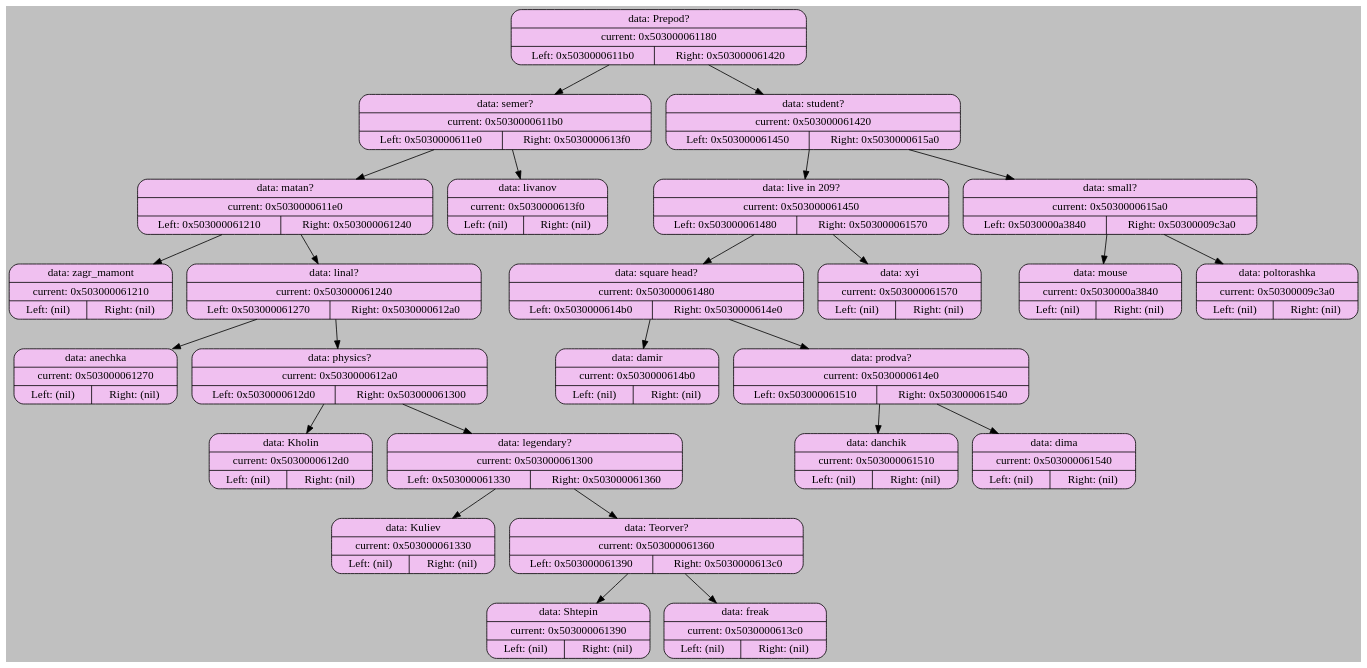
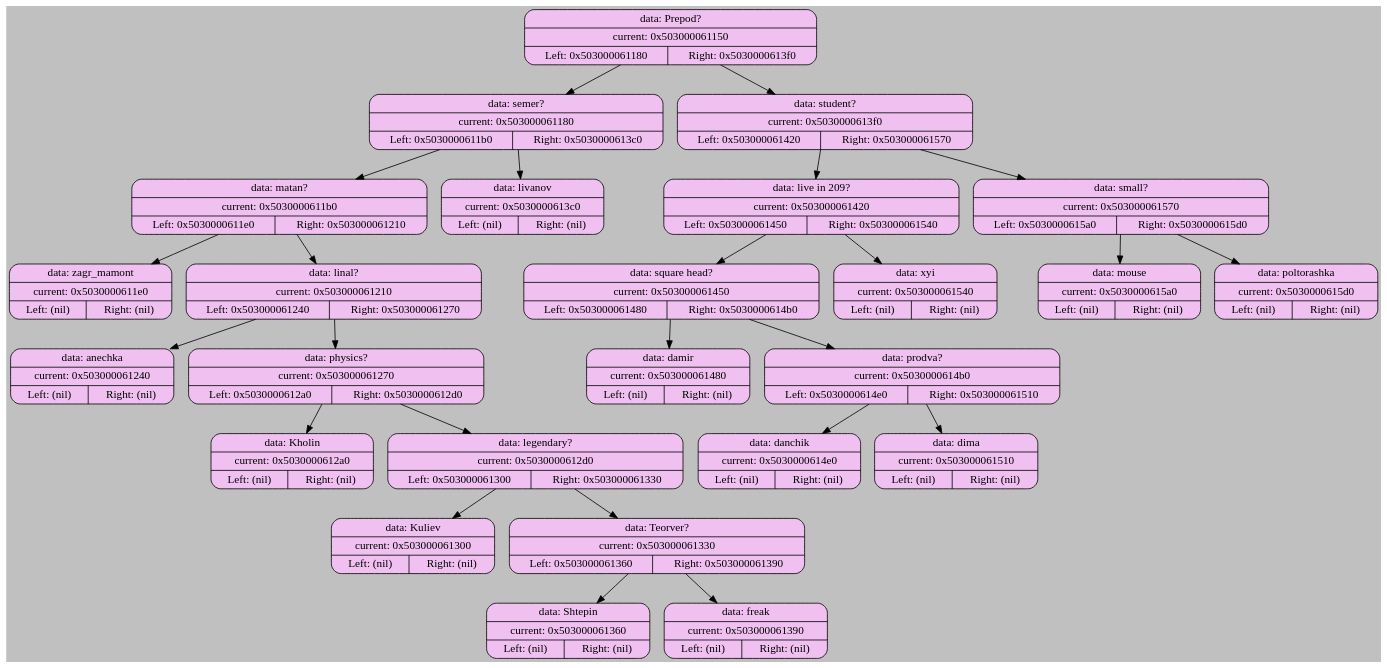
One commit to Atlaxsyys/akinator changed the diagram in graph_dump/graph_1.dot. Above: the diagram before and after it, drawn with Graphviz. The commit also changed 5 other files, not shown here.

```diff
--- a/graph_dump/graph_1.dot
+++ b/graph_dump/graph_1.dot
@@ -1,54 +1,54 @@
 digraph BinaryTree {
     bgcolor="#C0C0C0";
 
     node [shape=record];
-    "0x503000061180" [shape=Mrecord, style=filled; fillcolor="#F0C0F0"; label="{data: Prepod? | current: 0x503000061180 | { Left: 0x5030000611b0 | Right: 0x503000061420 } }"];
+    "0x503000061150" [shape=Mrecord, style=filled; fillcolor="#F0C0F0"; label="{data: Prepod? | current: 0x503000061150 | { Left: 0x503000061180 | Right: 0x5030000613f0 } }"];
+    "0x503000061150" -> "0x503000061180";
+    "0x503000061180" [shape=Mrecord, style=filled; fillcolor="#F0C0F0"; label="{data: semer? | current: 0x503000061180 | { Left: 0x5030000611b0 | Right: 0x5030000613c0 } }"];
     "0x503000061180" -> "0x5030000611b0";
-    "0x5030000611b0" [shape=Mrecord, style=filled; fillcolor="#F0C0F0"; label="{data: semer? | current: 0x5030000611b0 | { Left: 0x5030000611e0 | Right: 0x5030000613f0 } }"];
+    "0x5030000611b0" [shape=Mrecord, style=filled; fillcolor="#F0C0F0"; label="{data: matan? | current: 0x5030000611b0 | { Left: 0x5030000611e0 | Right: 0x503000061210 } }"];
     "0x5030000611b0" -> "0x5030000611e0";
-    "0x5030000611e0" [shape=Mrecord, style=filled; fillcolor="#F0C0F0"; label="{data: matan? | current: 0x5030000611e0 | { Left: 0x503000061210 | Right: 0x503000061240 } }"];
-    "0x5030000611e0" -> "0x503000061210";
-    "0x503000061210" [shape=Mrecord, style=filled; fillcolor="#F0C0F0"; label="{data: zagr_mamont | current: 0x503000061210 | { Left: (nil) | Right: (nil) } }"];
-    "0x5030000611e0" -> "0x503000061240";
-    "0x503000061240" [shape=Mrecord, style=filled; fillcolor="#F0C0F0"; label="{data: linal? | current: 0x503000061240 | { Left: 0x503000061270 | Right: 0x5030000612a0 } }"];
-    "0x503000061240" -> "0x503000061270";
-    "0x503000061270" [shape=Mrecord, style=filled; fillcolor="#F0C0F0"; label="{data: anechka | current: 0x503000061270 | { Left: (nil) | Right: (nil) } }"];
-    "0x503000061240" -> "0x5030000612a0";
-    "0x5030000612a0" [shape=Mrecord, style=filled; fillcolor="#F0C0F0"; label="{data: physics? | current: 0x5030000612a0 | { Left: 0x5030000612d0 | Right: 0x503000061300 } }"];
-    "0x5030000612a0" -> "0x5030000612d0";
-    "0x5030000612d0" [shape=Mrecord, style=filled; fillcolor="#F0C0F0"; label="{data: Kholin | current: 0x5030000612d0 | { Left: (nil) | Right: (nil) } }"];
-    "0x5030000612a0" -> "0x503000061300";
-    "0x503000061300" [shape=Mrecord, style=filled; fillcolor="#F0C0F0"; label="{data: legendary? | current: 0x503000061300 | { Left: 0x503000061330 | Right: 0x503000061360 } }"];
-    "0x503000061300" -> "0x503000061330";
-    "0x503000061330" [shape=Mrecord, style=filled; fillcolor="#F0C0F0"; label="{data: Kuliev | current: 0x503000061330 | { Left: (nil) | Right: (nil) } }"];
-    "0x503000061300" -> "0x503000061360";
-    "0x503000061360" [shape=Mrecord, style=filled; fillcolor="#F0C0F0"; label="{data: Teorver? | current: 0x503000061360 | { Left: 0x503000061390 | Right: 0x5030000613c0 } }"];
-    "0x503000061360" -> "0x503000061390";
-    "0x503000061390" [shape=Mrecord, style=filled; fillcolor="#F0C0F0"; label="{data: Shtepin | current: 0x503000061390 | { Left: (nil) | Right: (nil) } }"];
-    "0x503000061360" -> "0x5030000613c0";
-    "0x5030000613c0" [shape=Mrecord, style=filled; fillcolor="#F0C0F0"; label="{data: freak | current: 0x5030000613c0 | { Left: (nil) | Right: (nil) } }"];
-    "0x5030000611b0" -> "0x5030000613f0";
-    "0x5030000613f0" [shape=Mrecord, style=filled; fillcolor="#F0C0F0"; label="{data: livanov | current: 0x5030000613f0 | { Left: (nil) | Right: (nil) } }"];
-    "0x503000061180" -> "0x503000061420";
-    "0x503000061420" [shape=Mrecord, style=filled; fillcolor="#F0C0F0"; label="{data: student? | current: 0x503000061420 | { Left: 0x503000061450 | Right: 0x5030000615a0 } }"];
+    "0x5030000611e0" [shape=Mrecord, style=filled; fillcolor="#F0C0F0"; label="{data: zagr_mamont | current: 0x5030000611e0 | { Left: (nil) | Right: (nil) } }"];
+    "0x5030000611b0" -> "0x503000061210";
+    "0x503000061210" [shape=Mrecord, style=filled; fillcolor="#F0C0F0"; label="{data: linal? | current: 0x503000061210 | { Left: 0x503000061240 | Right: 0x503000061270 } }"];
+    "0x503000061210" -> "0x503000061240";
+    "0x503000061240" [shape=Mrecord, style=filled; fillcolor="#F0C0F0"; label="{data: anechka | current: 0x503000061240 | { Left: (nil) | Right: (nil) } }"];
+    "0x503000061210" -> "0x503000061270";
+    "0x503000061270" [shape=Mrecord, style=filled; fillcolor="#F0C0F0"; label="{data: physics? | current: 0x503000061270 | { Left: 0x5030000612a0 | Right: 0x5030000612d0 } }"];
+    "0x503000061270" -> "0x5030000612a0";
+    "0x5030000612a0" [shape=Mrecord, style=filled; fillcolor="#F0C0F0"; label="{data: Kholin | current: 0x5030000612a0 | { Left: (nil) | Right: (nil) } }"];
+    "0x503000061270" -> "0x5030000612d0";
+    "0x5030000612d0" [shape=Mrecord, style=filled; fillcolor="#F0C0F0"; label="{data: legendary? | current: 0x5030000612d0 | { Left: 0x503000061300 | Right: 0x503000061330 } }"];
+    "0x5030000612d0" -> "0x503000061300";
+    "0x503000061300" [shape=Mrecord, style=filled; fillcolor="#F0C0F0"; label="{data: Kuliev | current: 0x503000061300 | { Left: (nil) | Right: (nil) } }"];
+    "0x5030000612d0" -> "0x503000061330";
+    "0x503000061330" [shape=Mrecord, style=filled; fillcolor="#F0C0F0"; label="{data: Teorver? | current: 0x503000061330 | { Left: 0x503000061360 | Right: 0x503000061390 } }"];
+    "0x503000061330" -> "0x503000061360";
+    "0x503000061360" [shape=Mrecord, style=filled; fillcolor="#F0C0F0"; label="{data: Shtepin | current: 0x503000061360 | { Left: (nil) | Right: (nil) } }"];
+    "0x503000061330" -> "0x503000061390";
+    "0x503000061390" [shape=Mrecord, style=filled; fillcolor="#F0C0F0"; label="{data: freak | current: 0x503000061390 | { Left: (nil) | Right: (nil) } }"];
+    "0x503000061180" -> "0x5030000613c0";
+    "0x5030000613c0" [shape=Mrecord, style=filled; fillcolor="#F0C0F0"; label="{data: livanov | current: 0x5030000613c0 | { Left: (nil) | Right: (nil) } }"];
+    "0x503000061150" -> "0x5030000613f0";
+    "0x5030000613f0" [shape=Mrecord, style=filled; fillcolor="#F0C0F0"; label="{data: student? | current: 0x5030000613f0 | { Left: 0x503000061420 | Right: 0x503000061570 } }"];
+    "0x5030000613f0" -> "0x503000061420";
+    "0x503000061420" [shape=Mrecord, style=filled; fillcolor="#F0C0F0"; label="{data: live in 209? | current: 0x503000061420 | { Left: 0x503000061450 | Right: 0x503000061540 } }"];
     "0x503000061420" -> "0x503000061450";
-    "0x503000061450" [shape=Mrecord, style=filled; fillcolor="#F0C0F0"; label="{data: live in 209? | current: 0x503000061450 | { Left: 0x503000061480 | Right: 0x503000061570 } }"];
+    "0x503000061450" [shape=Mrecord, style=filled; fillcolor="#F0C0F0"; label="{data: square head? | current: 0x503000061450 | { Left: 0x503000061480 | Right: 0x5030000614b0 } }"];
     "0x503000061450" -> "0x503000061480";
-    "0x503000061480" [shape=Mrecord, style=filled; fillcolor="#F0C0F0"; label="{data: square head? | current: 0x503000061480 | { Left: 0x5030000614b0 | Right: 0x5030000614e0 } }"];
-    "0x503000061480" -> "0x5030000614b0";
-    "0x5030000614b0" [shape=Mrecord, style=filled; fillcolor="#F0C0F0"; label="{data: damir | current: 0x5030000614b0 | { Left: (nil) | Right: (nil) } }"];
-    "0x503000061480" -> "0x5030000614e0";
-    "0x5030000614e0" [shape=Mrecord, style=filled; fillcolor="#F0C0F0"; label="{data: prodva? | current: 0x5030000614e0 | { Left: 0x503000061510 | Right: 0x503000061540 } }"];
-    "0x5030000614e0" -> "0x503000061510";
-    "0x503000061510" [shape=Mrecord, style=filled; fillcolor="#F0C0F0"; label="{data: danchik | current: 0x503000061510 | { Left: (nil) | Right: (nil) } }"];
-    "0x5030000614e0" -> "0x503000061540";
-    "0x503000061540" [shape=Mrecord, style=filled; fillcolor="#F0C0F0"; label="{data: dima | current: 0x503000061540 | { Left: (nil) | Right: (nil) } }"];
-    "0x503000061450" -> "0x503000061570";
-    "0x503000061570" [shape=Mrecord, style=filled; fillcolor="#F0C0F0"; label="{data: xyi | current: 0x503000061570 | { Left: (nil) | Right: (nil) } }"];
-    "0x503000061420" -> "0x5030000615a0";
-    "0x5030000615a0" [shape=Mrecord, style=filled; fillcolor="#F0C0F0"; label="{data: small? | current: 0x5030000615a0 | { Left: 0x5030000a3840 | Right: 0x50300009c3a0 } }"];
-    "0x5030000615a0" -> "0x5030000a3840";
-    "0x5030000a3840" [shape=Mrecord, style=filled; fillcolor="#F0C0F0"; label="{data: mouse | current: 0x5030000a3840 | { Left: (nil) | Right: (nil) } }"];
-    "0x5030000615a0" -> "0x50300009c3a0";
-    "0x50300009c3a0" [shape=Mrecord, style=filled; fillcolor="#F0C0F0"; label="{data: poltorashka | current: 0x50300009c3a0 | { Left: (nil) | Right: (nil) } }"];
+    "0x503000061480" [shape=Mrecord, style=filled; fillcolor="#F0C0F0"; label="{data: damir | current: 0x503000061480 | { Left: (nil) | Right: (nil) } }"];
+    "0x503000061450" -> "0x5030000614b0";
+    "0x5030000614b0" [shape=Mrecord, style=filled; fillcolor="#F0C0F0"; label="{data: prodva? | current: 0x5030000614b0 | { Left: 0x5030000614e0 | Right: 0x503000061510 } }"];
+    "0x5030000614b0" -> "0x5030000614e0";
+    "0x5030000614e0" [shape=Mrecord, style=filled; fillcolor="#F0C0F0"; label="{data: danchik | current: 0x5030000614e0 | { Left: (nil) | Right: (nil) } }"];
+    "0x5030000614b0" -> "0x503000061510";
+    "0x503000061510" [shape=Mrecord, style=filled; fillcolor="#F0C0F0"; label="{data: dima | current: 0x503000061510 | { Left: (nil) | Right: (nil) } }"];
+    "0x503000061420" -> "0x503000061540";
+    "0x503000061540" [shape=Mrecord, style=filled; fillcolor="#F0C0F0"; label="{data: xyi | current: 0x503000061540 | { Left: (nil) | Right: (nil) } }"];
+    "0x5030000613f0" -> "0x503000061570";
+    "0x503000061570" [shape=Mrecord, style=filled; fillcolor="#F0C0F0"; label="{data: small? | current: 0x503000061570 | { Left: 0x5030000615a0 | Right: 0x5030000615d0 } }"];
+    "0x503000061570" -> "0x5030000615a0";
+    "0x5030000615a0" [shape=Mrecord, style=filled; fillcolor="#F0C0F0"; label="{data: mouse | current: 0x5030000615a0 | { Left: (nil) | Right: (nil) } }"];
+    "0x503000061570" -> "0x5030000615d0";
+    "0x5030000615d0" [shape=Mrecord, style=filled; fillcolor="#F0C0F0"; label="{data: poltorashka | current: 0x5030000615d0 | { Left: (nil) | Right: (nil) } }"];
 }
```
